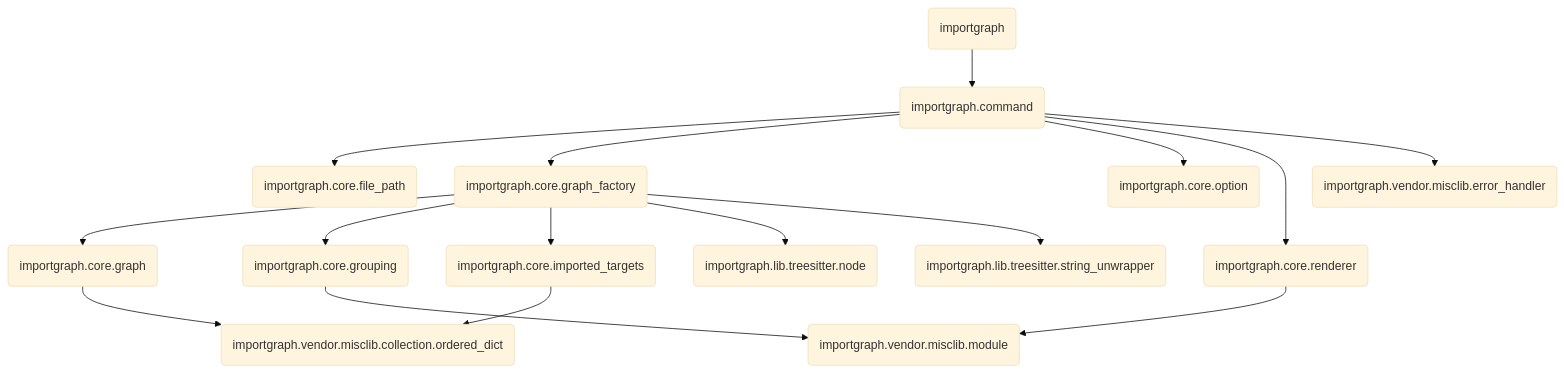
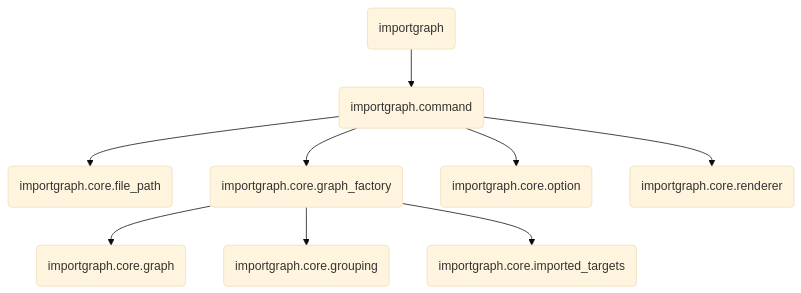
Before and after one commit to notomo/importgraph.nvim: the diagram in README.md, drawn with Mermaid (base theme). The commit also changed other lines of this file and 5 other files, not shown here.

````diff
--- a/README.md
+++ b/README.md
@@ -20,18 +23,11 @@
 ```mermaid
 graph TB
   1(importgraph) --> 2(importgraph.command)
   2(importgraph.command) --> 3(importgraph.core.file_path)
   2(importgraph.command) --> 4(importgraph.core.graph_factory)
   2(importgraph.command) --> 5(importgraph.core.option)
   2(importgraph.command) --> 6(importgraph.core.renderer)
-  2(importgraph.command) --> 7(importgraph.vendor.misclib.error_handler)
-  8(importgraph.core.graph) --> 9(importgraph.vendor.misclib.collection.ordered_dict)
-  4(importgraph.core.graph_factory) --> 8(importgraph.core.graph)
-  4(importgraph.core.graph_factory) --> 10(importgraph.core.grouping)
-  4(importgraph.core.graph_factory) --> 11(importgraph.core.imported_targets)
-  4(importgraph.core.graph_factory) --> 12(importgraph.lib.treesitter.node)
-  4(importgraph.core.graph_factory) --> 13(importgraph.lib.treesitter.string_unwrapper)
-  10(importgraph.core.grouping) --> 14(importgraph.vendor.misclib.module)
-  11(importgraph.core.imported_targets) --> 9(importgraph.vendor.misclib.collection.ordered_dict)
-  6(importgraph.core.renderer) --> 14(importgraph.vendor.misclib.module)
+  4(importgraph.core.graph_factory) --> 7(importgraph.core.graph)
+  4(importgraph.core.graph_factory) --> 8(importgraph.core.grouping)
+  4(importgraph.core.graph_factory) --> 9(importgraph.core.imported_targets)
 ```
````
